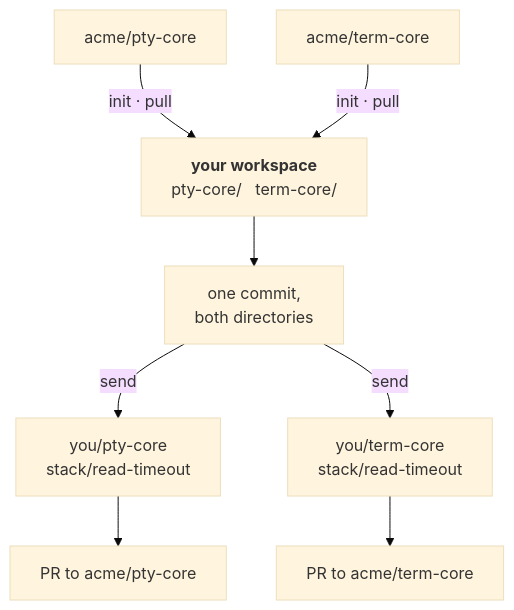
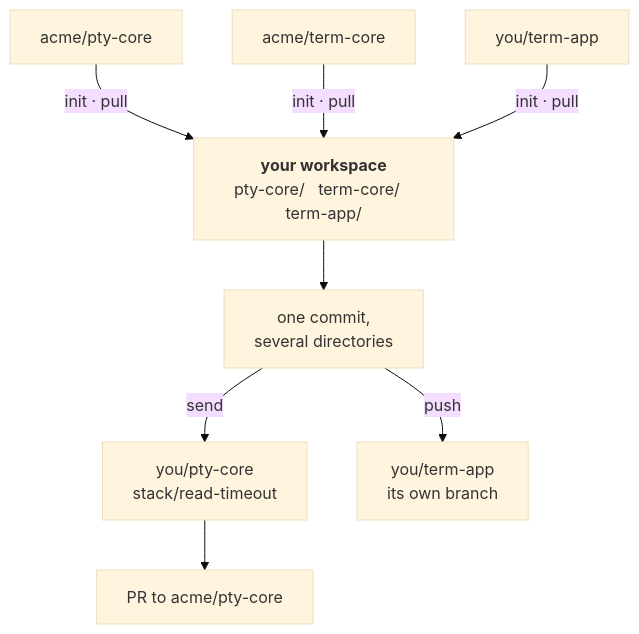
Before and after one commit to rigsmith/rigsmith: the first of 3 diagrams in site/rig/stack.md, drawn with Mermaid (base theme). The commit also changed other lines of this file and 1 other file, not shown here.

````diff
--- a/site/rig/stack.md
+++ b/site/rig/stack.md
@@ -26,13 +28,13 @@
 ```mermaid
 flowchart TB
     U1["acme/pty-core"] -->|"init · pull"| WS
     U2["acme/term-core"] -->|"init · pull"| WS
+    U3["you/term-app"] -->|"init · pull"| WS
 
-    WS["<b>your workspace</b><br/>pty-core/ &nbsp; term-core/"] --> CM["one commit,<br/>both directories"]
+    WS["<b>your workspace</b><br/>pty-core/ &nbsp; term-core/ &nbsp; term-app/"] --> CM["one commit,<br/>several directories"]
 
     CM -->|"send"| B1["you/pty-core<br/>stack/read-timeout"]
-    CM -->|"send"| B2["you/term-core<br/>stack/read-timeout"]
+    CM -->|"push"| B2["you/term-app<br/>its own branch"]
 
     B1 --> PR1["PR to acme/pty-core"]
-    B2 --> PR2["PR to acme/term-core"]
 ```
````
